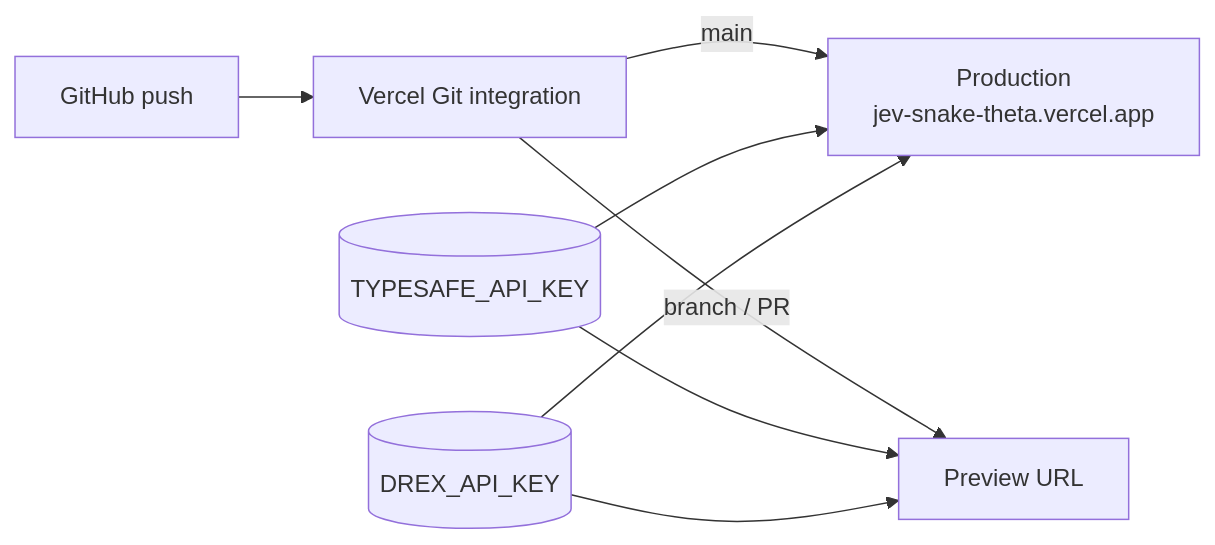
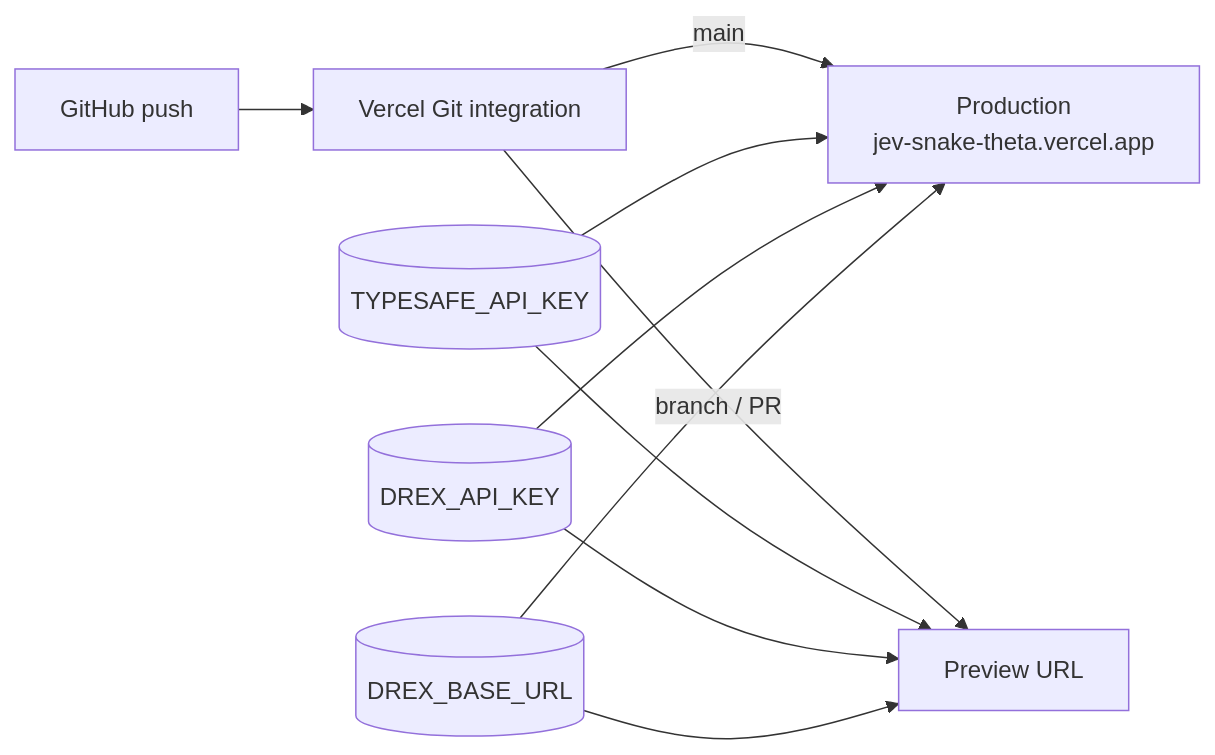
One commit to lalitsonawane/jev-snake changed the fifth of 5 diagrams in docs/architecture.md. Above: the diagram before and after it, drawn with Mermaid. The commit also changed other lines of this file and 8 other files, not shown here.

First line of the commit message:
docs: sync README/architecture/Notion for PRs #8–#11 (#15)

````diff
--- a/docs/architecture.md
+++ b/docs/architecture.md
@@ -109,10 +128,12 @@
 ```mermaid
 flowchart LR
   GH[GitHub push] --> VH[Vercel Git integration]
   VH -->|main| Prod[Production<br/>jev-snake-theta.vercel.app]
   VH -->|branch / PR| Prev[Preview URL]
   EnvJ[(TYPESAFE_API_KEY)] --> Prod
   EnvD[(DREX_API_KEY)] --> Prod
+  EnvB[(DREX_BASE_URL)] --> Prod
   EnvJ --> Prev
   EnvD --> Prev
+  EnvB --> Prev
 ```
````
